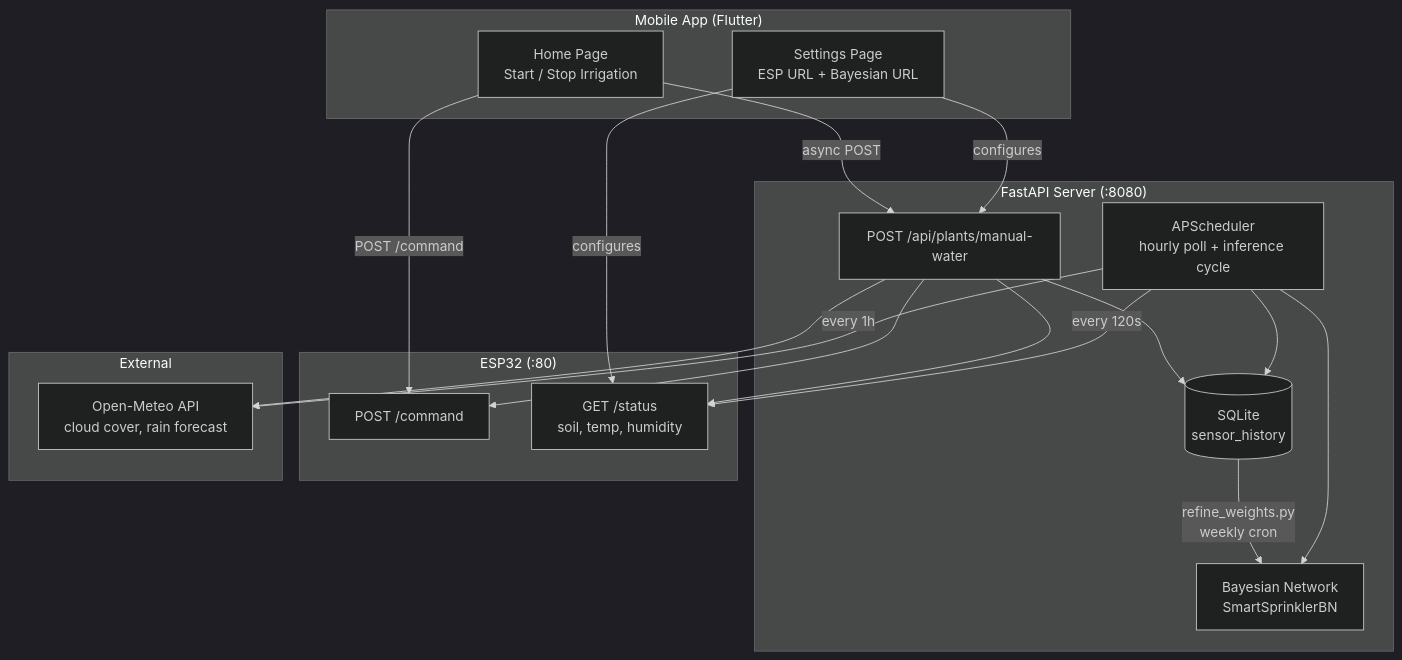
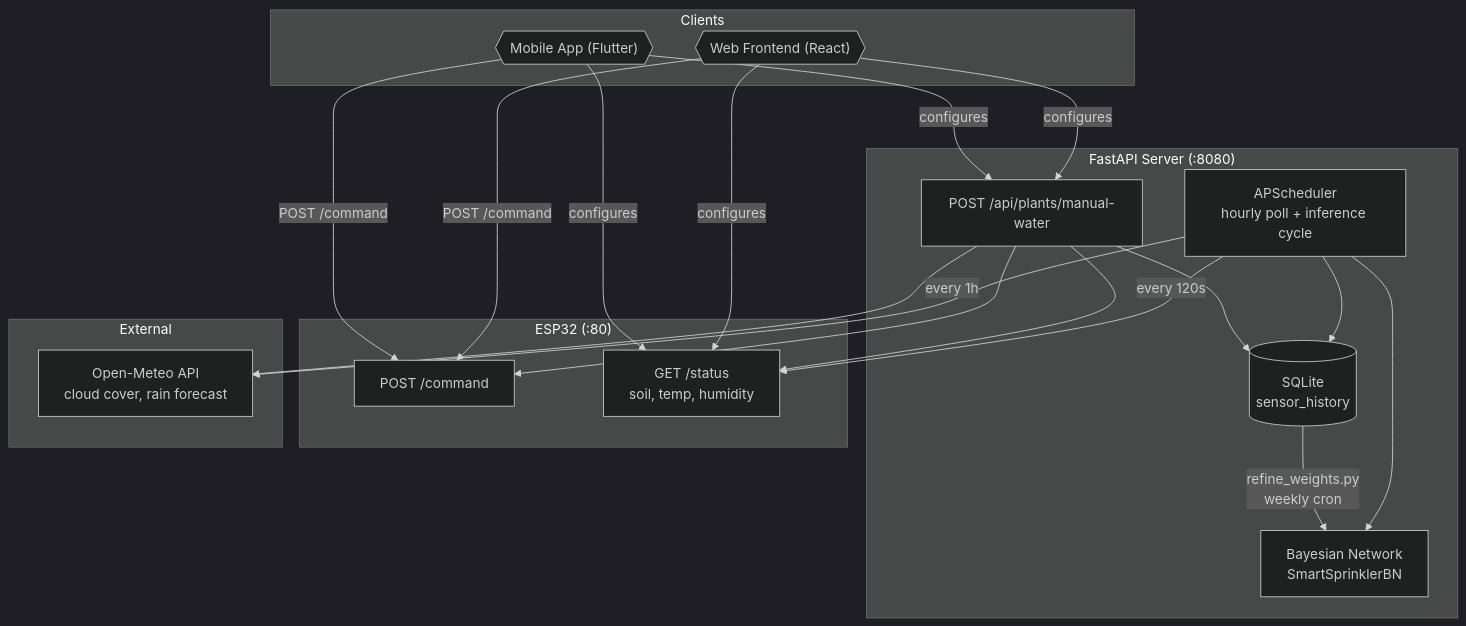
The second of 2 diagrams in BayesianSprinkler/README.md (AleMuzzi/SmartSprinkler), drawn with Mermaid (dark theme) before and after one commit. The commit also changed other lines of this file and 25 other files, not shown here.

Commit message:
Added web portal for Bayesian server

````diff
--- a/BayesianSprinkler/README.md
+++ b/BayesianSprinkler/README.md
@@ -49,40 +49,42 @@
 ```mermaid
 graph TB
     subgraph "FastAPI Server (:8080)"
         API[POST /api/plants/manual-water]
         SCHED[APScheduler<br/>hourly poll + inference cycle]
         BN[Bayesian Network<br/>SmartSprinklerBN]
         DB[(SQLite<br/>sensor_history)]
     end
 
-    subgraph "Mobile App (Flutter)"
-        APP[Settings Page<br/>ESP URL + Bayesian URL]
-        HOME[Home Page<br/>Start / Stop Irrigation]
+    subgraph "Clients"
+        WEB{{"Web Frontend (React)"}}
+        APP{{"Mobile App (Flutter)"}}
     end
 
     subgraph "ESP32 (:80)"
         ESP_CMD[POST /command]
         ESP_STAT[GET /status<br/>soil, temp, humidity]
     end
 
     subgraph "External"
         WX[Open-Meteo API<br/>cloud cover, rain forecast]
     end
 
+    WEB -->|configures| ESP_STAT
+    WEB -->|configures| API
     APP -->|configures| ESP_STAT
     APP -->|configures| API
-    HOME -->|POST /command| ESP_CMD
-    HOME -->|async POST| API
+    WEB -->|POST /command| ESP_CMD
+    APP -->|POST /command| ESP_CMD
 
     SCHED -->|every 120s| ESP_STAT
     SCHED -->|every 1h| WX
     SCHED --> BN
     SCHED --> DB
 
     API --> ESP_STAT
     API --> WX
     API --> DB
     API --> ESP_CMD
 
     DB -->|refine_weights.py<br/>weekly cron| BN
 ```
````
